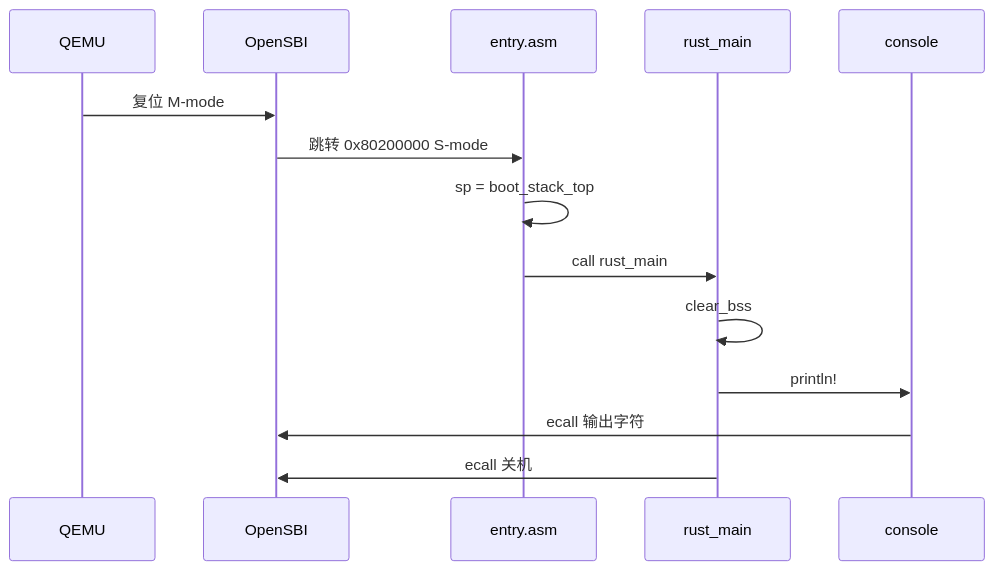
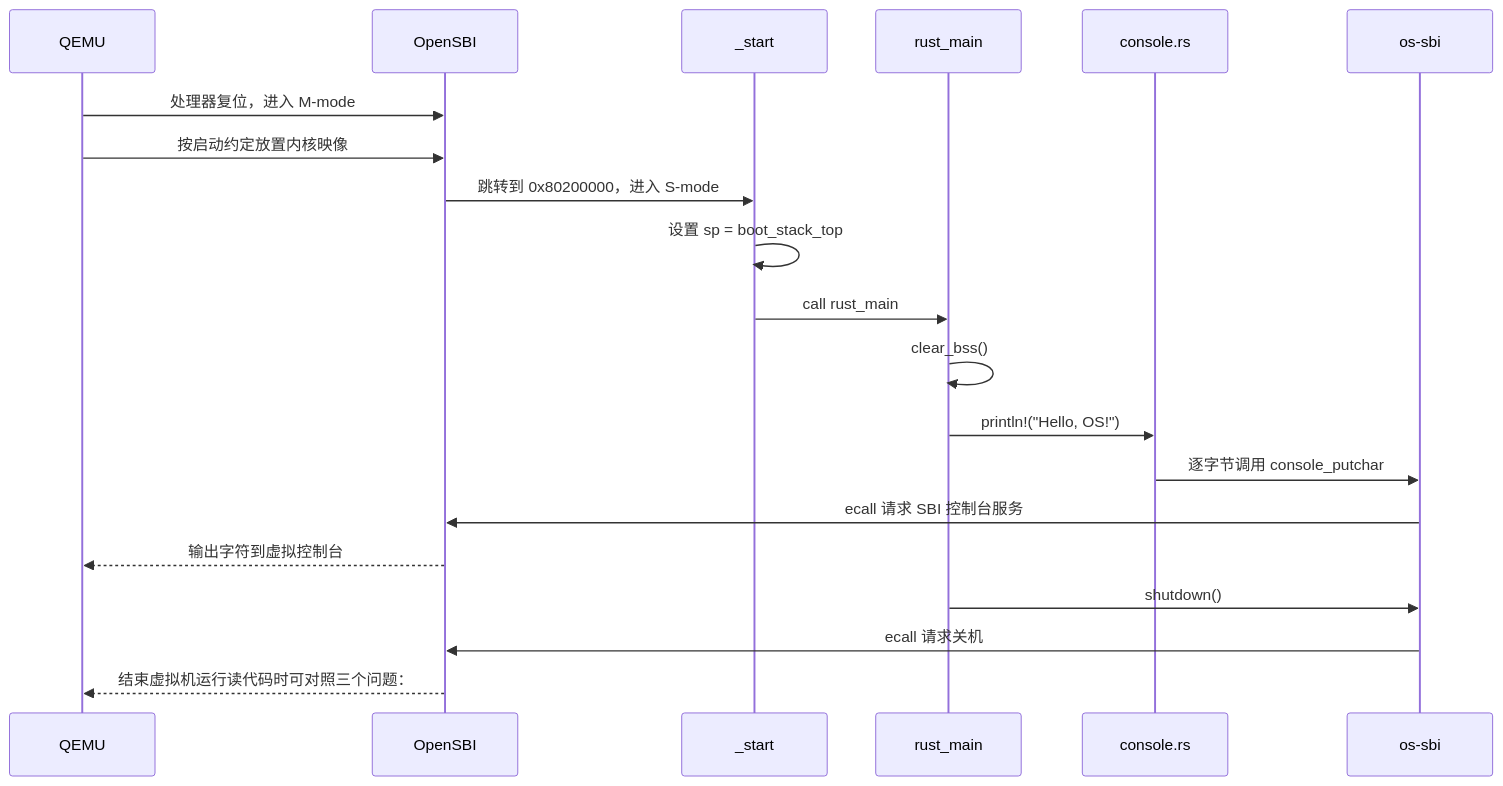
The second of 2 diagrams in os-lab/labs/lab1-bare-metal.md (AM-SuSh/EVOLVE), drawn with Mermaid before and after one commit. The commit also changed other lines of this file, not shown here.

````diff
--- a/os-lab/labs/lab1-bare-metal.md
+++ b/os-lab/labs/lab1-bare-metal.md
@@ -101,17 +292,23 @@
 ```mermaid
 sequenceDiagram
-    participant HW as QEMU
+    participant QEMU
     participant SBI as OpenSBI
-    participant ASM as entry.asm
+    participant ASM as _start
     participant Rust as rust_main
-    participant Con as console
+    participant Console as console.rs
+    participant OSBI as os-sbi
 
-    HW->>SBI: 复位 M-mode
-    SBI->>ASM: 跳转 0x80200000 S-mode
-    ASM->>ASM: sp = boot_stack_top
+    QEMU->>SBI: 处理器复位，进入 M-mode
+    QEMU->>SBI: 按启动约定放置内核映像
+    SBI->>ASM: 跳转到 0x80200000，进入 S-mode
+    ASM->>ASM: 设置 sp = boot_stack_top
     ASM->>Rust: call rust_main
-    Rust->>Rust: clear_bss
-    Rust->>Con: println!
-    Con->>SBI: ecall 输出字符
-    Rust->>SBI: ecall 关机
+    Rust->>Rust: clear_bss()
+    Rust->>Console: println!("Hello, OS!")
+    Console->>OSBI: 逐字节调用 console_putchar
+    OSBI->>SBI: ecall 请求 SBI 控制台服务
+    SBI-->>QEMU: 输出字符到虚拟控制台
+    Rust->>OSBI: shutdown()
+    OSBI->>SBI: ecall 请求关机
+    SBI-->>QEMU: 结束虚拟机运行读代码时可对照三个问题：
 ```
````
